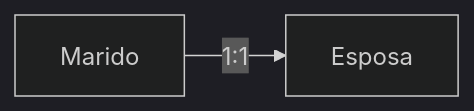
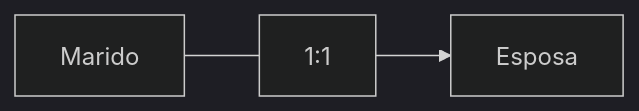
One commit to smmstakes/2024.1 changed the first of 3 diagrams in SBD1/Princípios de Cardinalidade.md. Above: the diagram before and after it, drawn with Mermaid (dark theme). The commit also changed other lines of this file and 17 other files, not shown here.

````diff
--- a/SBD1/Princípios de Cardinalidade.md
+++ b/SBD1/Princípios de Cardinalidade.md
@@ -16,4 +16,4 @@
 ```mermaid
 graph LR
-A[Marido] -- 1:1 --> B[Esposa]
+A[Marido] --- 1:1 --> B[Esposa]
 ```
````
